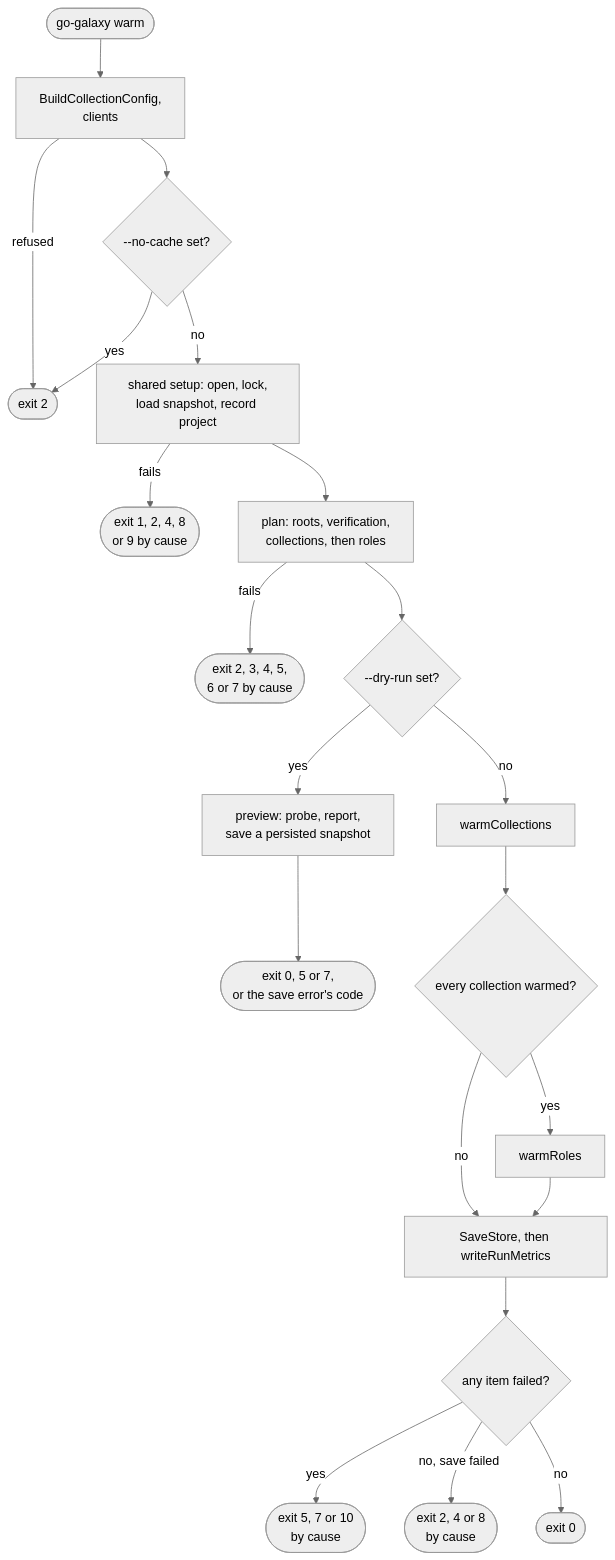
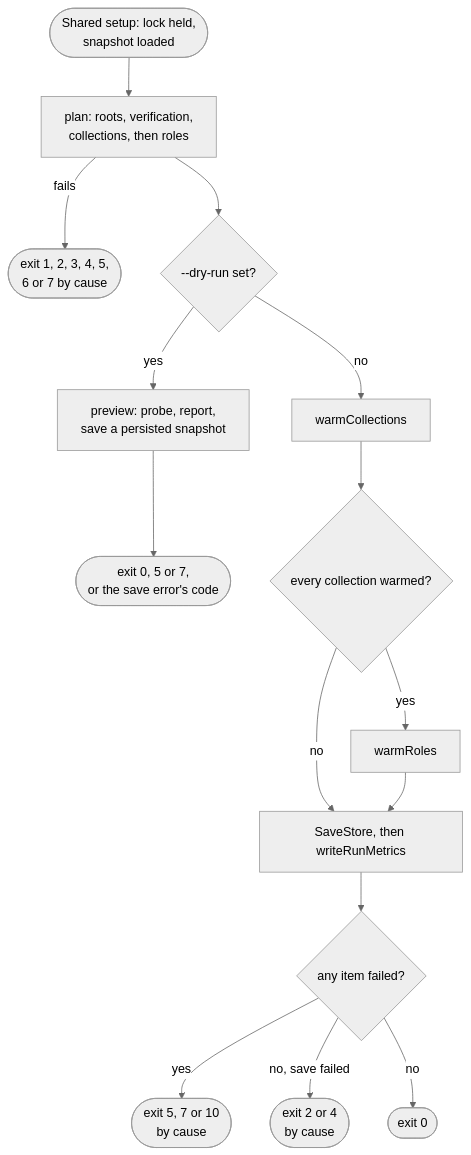
Before and after one commit to greeddj/go-galaxy: the first of 6 diagrams in docs/internals/flow-warm.md, drawn with Mermaid (neutral theme). The commit also changed other lines of this file and 36 other files, not shown here.

````diff
--- a/docs/internals/flow-warm.md
+++ b/docs/internals/flow-warm.md
@@ -10,23 +10,17 @@
 ```mermaid
 flowchart TD
-    S(["go-galaxy warm"]) --> CF["BuildCollectionConfig,<br/>clients"]
-    CF -->|"refused"| X2(["exit 2"])
-    CF --> NC{"--no-cache set?"}
-    NC -->|"yes"| X2
-    NC -->|"no"| SU["shared setup: open, lock,<br/>load snapshot, record project"]
-    SU -->|"fails"| XS(["exit 1, 2, 4, 8<br/>or 9 by cause"])
-    SU --> PL["plan: roots, verification,<br/>collections, then roles"]
-    PL -->|"fails"| XP(["exit 2, 3, 4, 5,<br/>6 or 7 by cause"])
+    SU(["Shared setup: lock held,<br/>snapshot loaded"]) --> PL["plan: roots, verification,<br/>collections, then roles"]
+    PL -->|"fails"| XP(["exit 1, 2, 3, 4, 5,<br/>6 or 7 by cause"])
     PL --> D{"--dry-run set?"}
     D -->|"yes"| PV["preview: probe, report,<br/>save a persisted snapshot"]
     PV --> XD(["exit 0, 5 or 7,<br/>or the save error's code"])
     D -->|"no"| WC["warmCollections"]
     WC --> A{"every collection warmed?"}
     A -->|"yes"| WR["warmRoles"]
     A -->|"no"| SV
     WR --> SV["SaveStore, then writeRunMetrics"]
     SV --> F{"any item failed?"}
     F -->|"yes"| XF(["exit 5, 7 or 10<br/>by cause"])
-    F -->|"no, save failed"| XSV(["exit 2, 4 or 8<br/>by cause"])
+    F -->|"no, save failed"| XSV(["exit 2 or 4<br/>by cause"])
     F -->|"no"| X0(["exit 0"])
 ```
````
